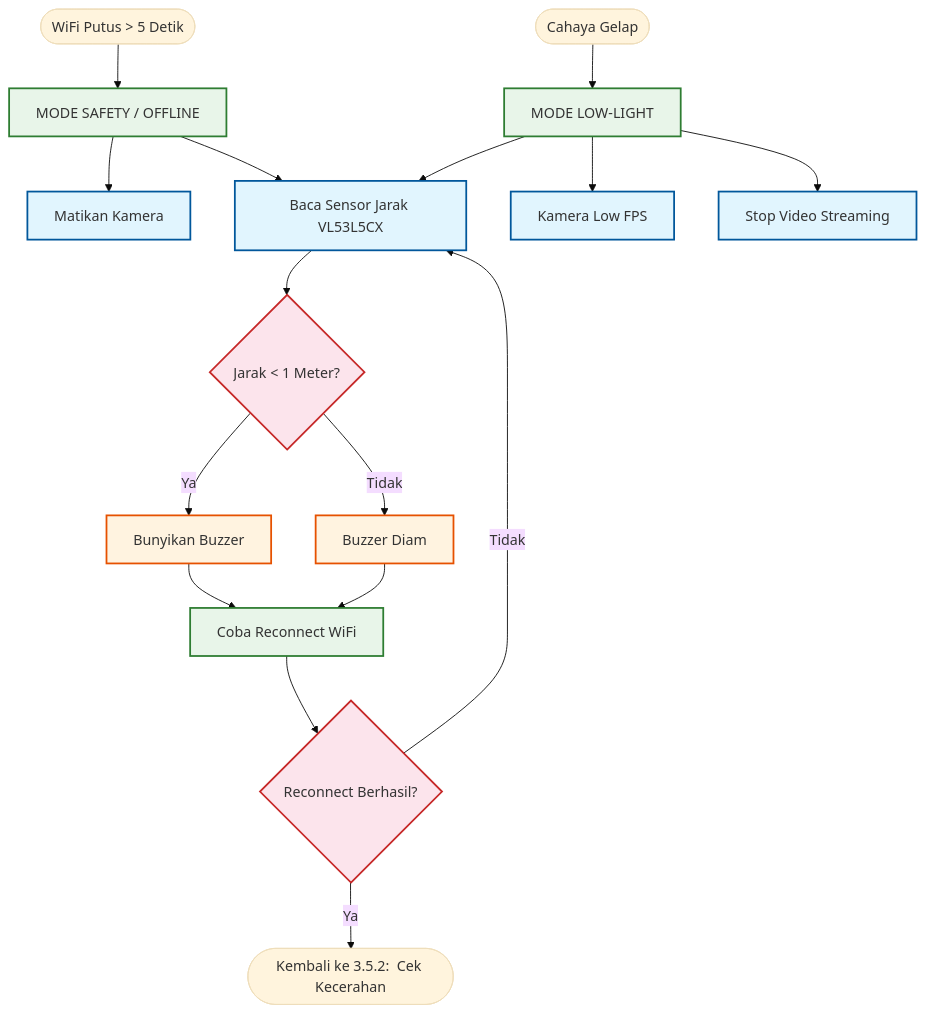
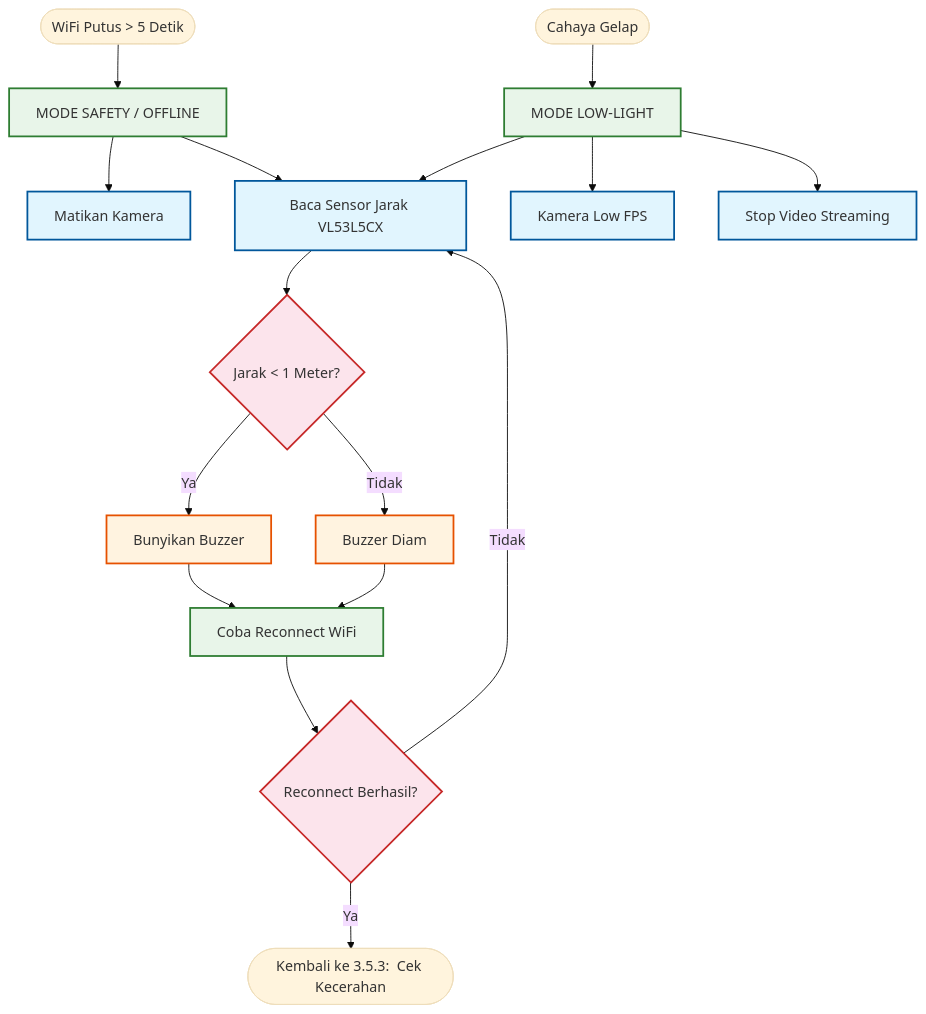
The tenth of 10 diagrams in alur-logika.md (aan-andiyanaS/draf), drawn with Mermaid (base theme) before and after one commit. The commit also changed other lines of this file and 7 other files, not shown here.

Commit message:
edit all and add perangcangan diagram

````diff
--- a/alur-logika.md
+++ b/alur-logika.md
@@ -632,33 +633,33 @@
    ```mermaid
    flowchart TD
       %% LOGIKA OFFLINE / FAIL-SAFE
       ENTRY_OFF([WiFi Putus > 5 Detik]) --> MODE_SAFETY[MODE SAFETY / OFFLINE]
       MODE_SAFETY --> CAM_OFF[Matikan Kamera]
       MODE_SAFETY --> BACA_SENSOR[Baca Sensor Jarak VL53L5CX]
 
       BACA_SENSOR --> LOGIKA_BUZZER{Jarak < 1 Meter?}
       LOGIKA_BUZZER -- Ya --> BUZZ_ON[Bunyikan Buzzer]
       LOGIKA_BUZZER -- Tidak --> BUZZ_OFF[Buzzer Diam]
       BUZZ_ON --> RETRY[Coba Reconnect WiFi]
       BUZZ_OFF --> RETRY
       RETRY --> CEK_ULANG{Reconnect Berhasil?}
-      CEK_ULANG -- Ya --> KEMBALI_UTAMA([Kembali ke 3.5.2:  Cek Kecerahan])
+      CEK_ULANG -- Ya --> KEMBALI_UTAMA([Kembali ke 3.5.3:  Cek Kecerahan])
       CEK_ULANG -- Tidak --> BACA_SENSOR
 
       %% LOGIKA GELAP
       ENTRY_GELAP([Cahaya Gelap]) --> MODE_LOW[MODE LOW-LIGHT]
       MODE_LOW --> CAM_LOW[Kamera Low FPS]
       MODE_LOW --> STOP_STREAM[Stop Video Streaming]
       MODE_LOW --> BACA_SENSOR
 
       %% Styling
       classDef research fill:#e1f5fe,stroke:#01579b,stroke-width:2px;
       classDef design fill:#e8f5e9,stroke:#2e7d32,stroke-width:2px;
       classDef impl fill:#fff3e0,stroke:#e65100,stroke-width:2px;
       classDef decision fill:#fce4ec,stroke:#c62828,stroke-width:2px;
 
       class BACA_SENSOR,CAM_OFF,CAM_LOW,STOP_STREAM research;
       class MODE_SAFETY,MODE_LOW,RETRY design;
       class BUZZ_ON,BUZZ_OFF impl;
       class LOGIKA_BUZZER,CEK_ULANG decision;
    ```
````
